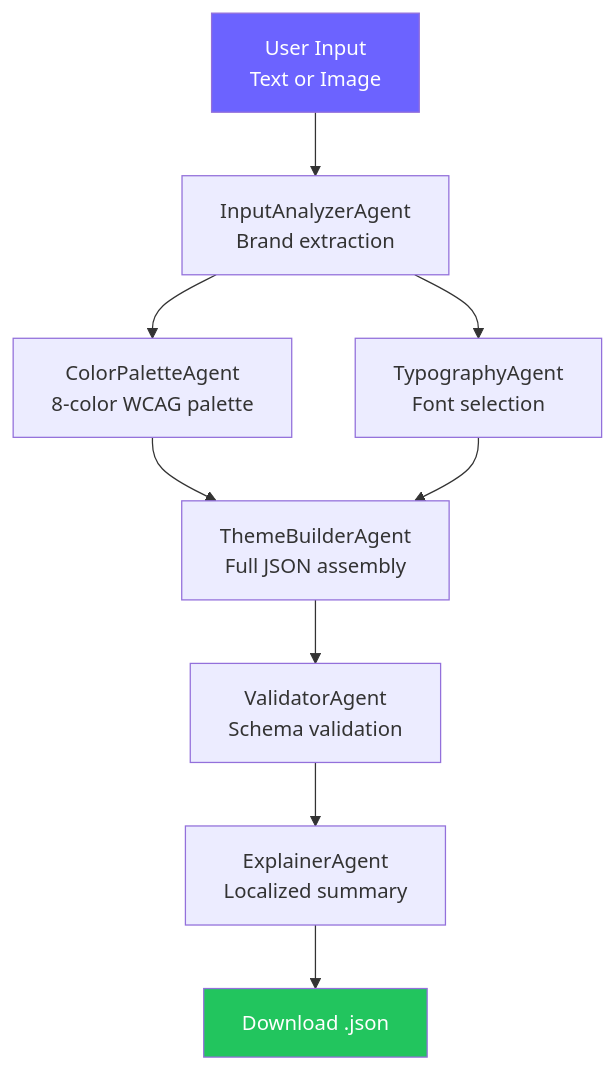
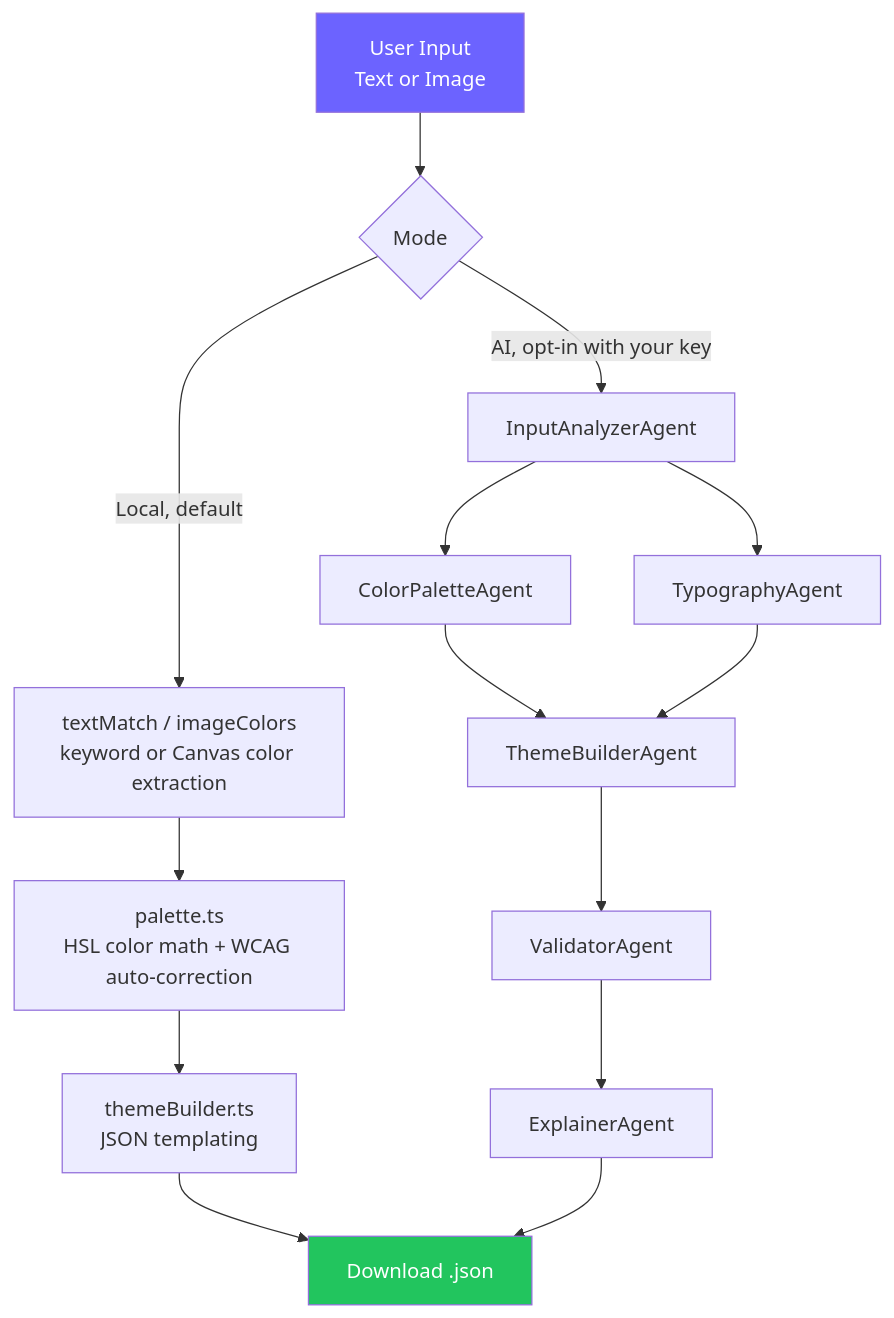
One commit to CustomDigitalServices-Kevin/PBI-Theme-Generator-AI changed the diagram in README.md. Above: the diagram before and after it, drawn with Mermaid. The commit also changed other lines of this file, not shown here.

First line of the commit message:
docs: rewrite README for Local-first BYOK architecture and static export

````diff
--- a/README.md
+++ b/README.md
@@ -20,14 +23,20 @@
 ```mermaid
 graph TD
-    A[User Input<br/>Text or Image] --> B[InputAnalyzerAgent<br/>Brand extraction]
-    B --> C[ColorPaletteAgent<br/>8-color WCAG palette]
-    B --> D[TypographyAgent<br/>Font selection]
-    C --> E[ThemeBuilderAgent<br/>Full JSON assembly]
+    A[User Input<br/>Text or Image] --> M{Mode}
+    M -->|Local, default| L1[textMatch / imageColors<br/>keyword or Canvas color extraction]
+    L1 --> L2[palette.ts<br/>HSL color math + WCAG auto-correction]
+    L2 --> L3[themeBuilder.ts<br/>JSON templating]
+    L3 --> H[Download .json]
+
+    M -->|AI, opt-in with your key| B[InputAnalyzerAgent]
+    B --> C[ColorPaletteAgent]
+    B --> D[TypographyAgent]
+    C --> E[ThemeBuilderAgent]
     D --> E
-    E --> F[ValidatorAgent<br/>Schema validation]
-    F --> G[ExplainerAgent<br/>Localized summary]
-    G --> H[Download .json]
+    E --> F[ValidatorAgent]
+    F --> G[ExplainerAgent]
+    G --> H
 
     style A fill:#6C63FF,color:#fff
     style H fill:#22c55e,color:#fff
 ```
````
